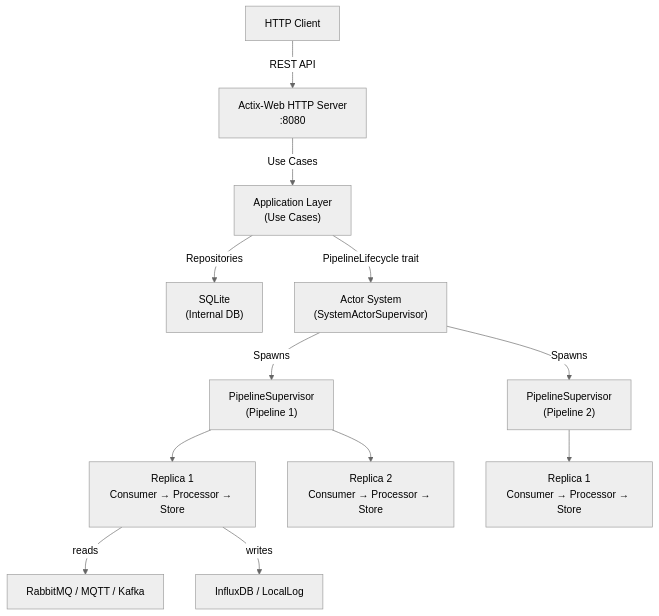
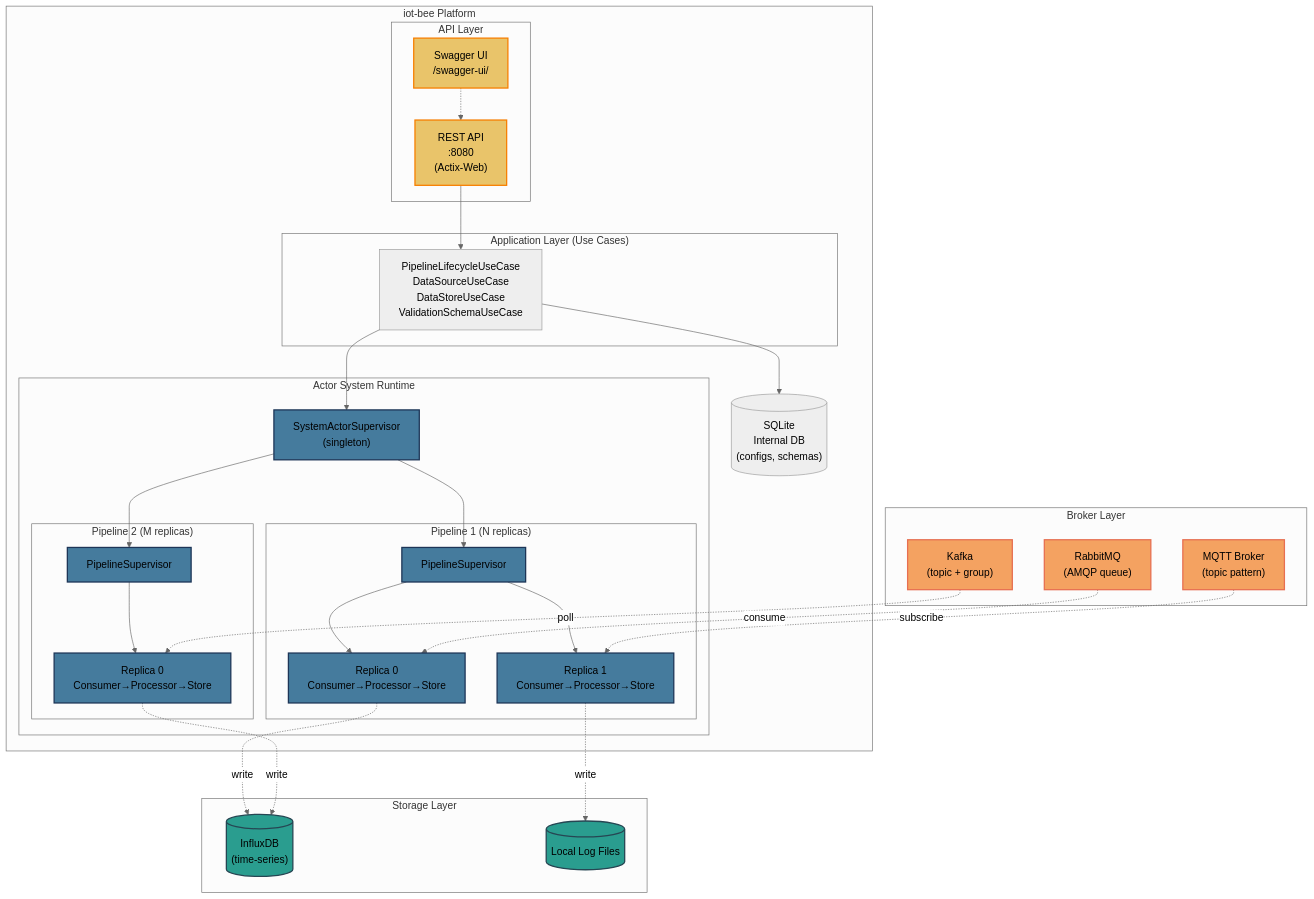
The first of 5 diagrams in README.md (IoT-bees/iot-bee-pipeline-core), drawn with Mermaid (neutral theme) before and after one commit. The commit also changed other lines of this file and 1 other file, not shown here.

First line of the commit message:
Revamps documentation with architecture diagrams and detailed guides

````diff
--- a/README.md
+++ b/README.md
@@ -43,17 +73,69 @@
 ```mermaid
 graph TD
-    Client["HTTP Client"] -->|REST API| API["Actix-Web HTTP Server\n:8080"]
-    API -->|Use Cases| App["Application Layer\n(Use Cases)"]
-    App -->|Repositories| DB["SQLite\n(Internal DB)"]
-    App -->|PipelineLifecycle trait| ActorSystem["Actor System\n(SystemActorSupervisor)"]
+    subgraph "Broker Layer"
+        RMQ["RabbitMQ\n(AMQP queue)"]
+        MQTT["MQTT Broker\n(topic pattern)"]
+        Kafka["Kafka\n(topic + group)"]
+    end
 
-    ActorSystem -->|Spawns| PS1["PipelineSupervisor\n(Pipeline 1)"]
-    ActorSystem -->|Spawns| PS2["PipelineSupervisor\n(Pipeline 2)"]
+    subgraph "iot-bee Platform"
+        subgraph "API Layer"
+            API["REST API\n:8080\n(Actix-Web)"]
+            Swagger["Swagger UI\n/swagger-ui/"]
+        end
 
-    PS1 --> R1["Replica 1\nConsumer → Processor → Store"]
-    PS1 --> R2["Replica 2\nConsumer → Processor → Store"]
-    PS2 --> R3["Replica 1\nConsumer → Processor → Store"]
+        subgraph "Application Layer (Use Cases)"
+            UC["PipelineLifecycleUseCase\nDataSourceUseCase\nDataStoreUseCase\nValidationSchemaUseCase"]
+        end
 
-    R1 -->|reads| RMQ["RabbitMQ / MQTT / Kafka"]
-    R1 -->|writes| IDB["InfluxDB / LocalLog"]
+        subgraph "Actor System Runtime"
+            SAA["SystemActorSupervisor\n(singleton)"]
+            
+            subgraph "Pipeline 1 (N replicas)"
+                PS1["PipelineSupervisor"]
+                R1A["Replica 0\nConsumer→Processor→Store"]
+                R1B["Replica 1\nConsumer→Processor→Store"]
+            end
+            
+            subgraph "Pipeline 2 (M replicas)"
+                PS2["PipelineSupervisor"]
+                R2A["Replica 0\nConsumer→Processor→Store"]
+            end
+        end
+
+        DB[("SQLite\nInternal DB\n(configs, schemas)")]
+    end
+
+    subgraph "Storage Layer"
+        InfluxDB[("InfluxDB\n(time-series)")]
+        LocalLog[("Local Log Files")]
+    end
+
+    API --> UC
+    Swagger -.-> API
+    UC --> DB
+    UC --> SAA
+    SAA --> PS1
+    SAA --> PS2
+    PS1 --> R1A
+    PS1 --> R1B
+    PS2 --> R2A
+
+    RMQ -.->|consume| R1A
+    MQTT -.->|subscribe| R1B
+    Kafka -.->|poll| R2A
+
+    R1A -.->|write| InfluxDB
+    R1B -.->|write| LocalLog
+    R2A -.->|write| InfluxDB
+
+    classDef broker fill:#f4a261,stroke:#e76f51,stroke-width:2px
+    classDef store fill:#2a9d8f,stroke:#264653,stroke-width:2px
+    classDef actor fill:#457b9d,stroke:#1d3557,stroke-width:2px
+    classDef api fill:#e9c46a,stroke:#f77f00,stroke-width:2px
+
+    class RMQ,MQTT,Kafka broker
+    class InfluxDB,LocalLog store
+    class SAA,PS1,PS2,R1A,R1B,R2A actor
+    class API,Swagger api
 ```
````
